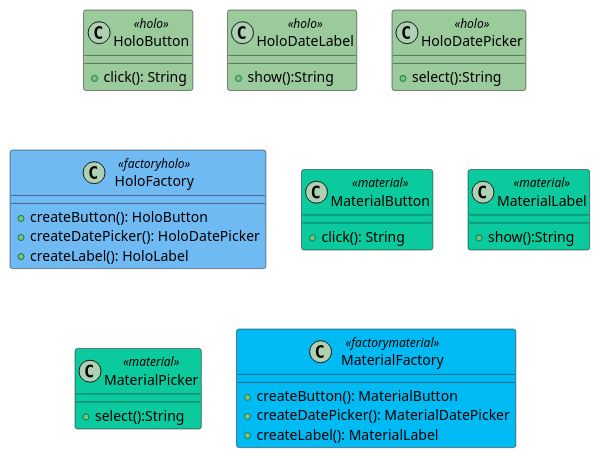
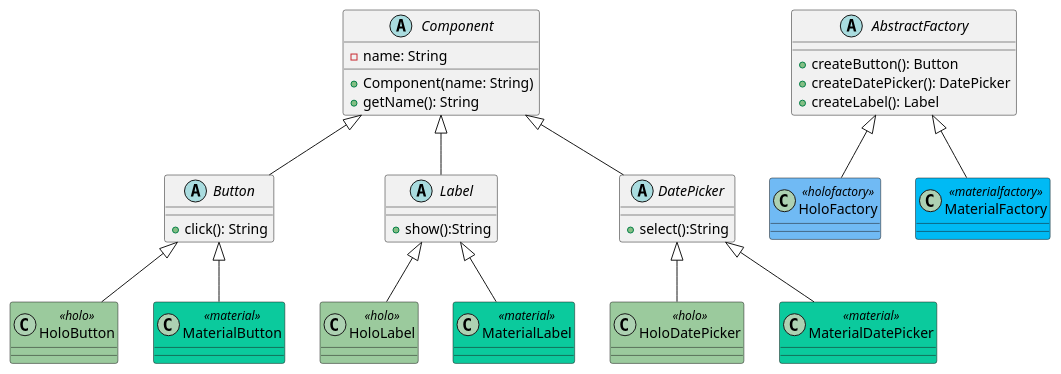
One commit to jandry/design-pattern changed the diagram in src/uml/abstractfactory.puml. Above: the diagram before and after it, drawn with PlantUML. The commit also changed 16 other files, not shown here.

Commit message:
Refactor to use abstract factory pattern

```diff
--- a/src/uml/abstractfactory.puml
+++ b/src/uml/abstractfactory.puml
@@ -1,41 +1,51 @@
 @startuml AbstractFactory
 
 skinparam class {
     BackgroundColor<<holo>> #9bca9d
-    BackgroundColor<<factoryholo>> #70baf4
     BackgroundColor<<material>> #0bca9d
-	BackgroundColor<<factorymaterial>> #00baf4
+	BackgroundColor<<holofactory>> #70baf4
+	BackgroundColor<<materialfactory>> #00baf4
+}
+abstract class Component {
+    - name: String
+    + Component(name: String)
+    + getName(): String
+}
+abstract class Button {
+    + click(): String
+}
+Component <|-- Button
+abstract class Label {
+    + show():String
+}
+Component <|-- Label
+abstract class DatePicker {
+    + select():String
+}
+Component <|-- DatePicker
+abstract class AbstractFactory {
+    + createButton(): Button
+    + createDatePicker(): DatePicker
+    + createLabel(): Label
 }
 
-class HoloButton <<holo>> {
-    + click(): String
-}
-class HoloDateLabel <<holo>> {
-    + show():String
-}
-class HoloDatePicker <<holo>> {
-    + select():String
-}
+class HoloButton <<holo>>
+Button <|-- HoloButton
+class HoloLabel <<holo>>
+Label <|-- HoloLabel
+class HoloDatePicker <<holo>>
+DatePicker <|-- HoloDatePicker
 
-class HoloFactory <<factoryholo>>{
-    + createButton(): HoloButton
-    + createDatePicker(): HoloDatePicker
-    + createLabel(): HoloLabel
-}
+class HoloFactory <<holofactory>>
+AbstractFactory <|-- HoloFactory
 
-class MaterialButton <<material>> {
-    + click(): String
-}
-class MaterialLabel <<material>> {
-    + show():String
-}
-class MaterialPicker <<material>> {
-    + select():String
-}
+class MaterialButton <<material>>
+Button <|-- MaterialButton
+class MaterialLabel <<material>>
+Label <|-- MaterialLabel
+class MaterialDatePicker <<material>>
+DatePicker <|-- MaterialDatePicker
 
-class MaterialFactory <<factorymaterial>>{
-    + createButton(): MaterialButton
-    + createDatePicker(): MaterialDatePicker
-    + createLabel(): MaterialLabel
-}
+class MaterialFactory <<materialfactory>>
+AbstractFactory <|-- MaterialFactory
 @enduml
```
